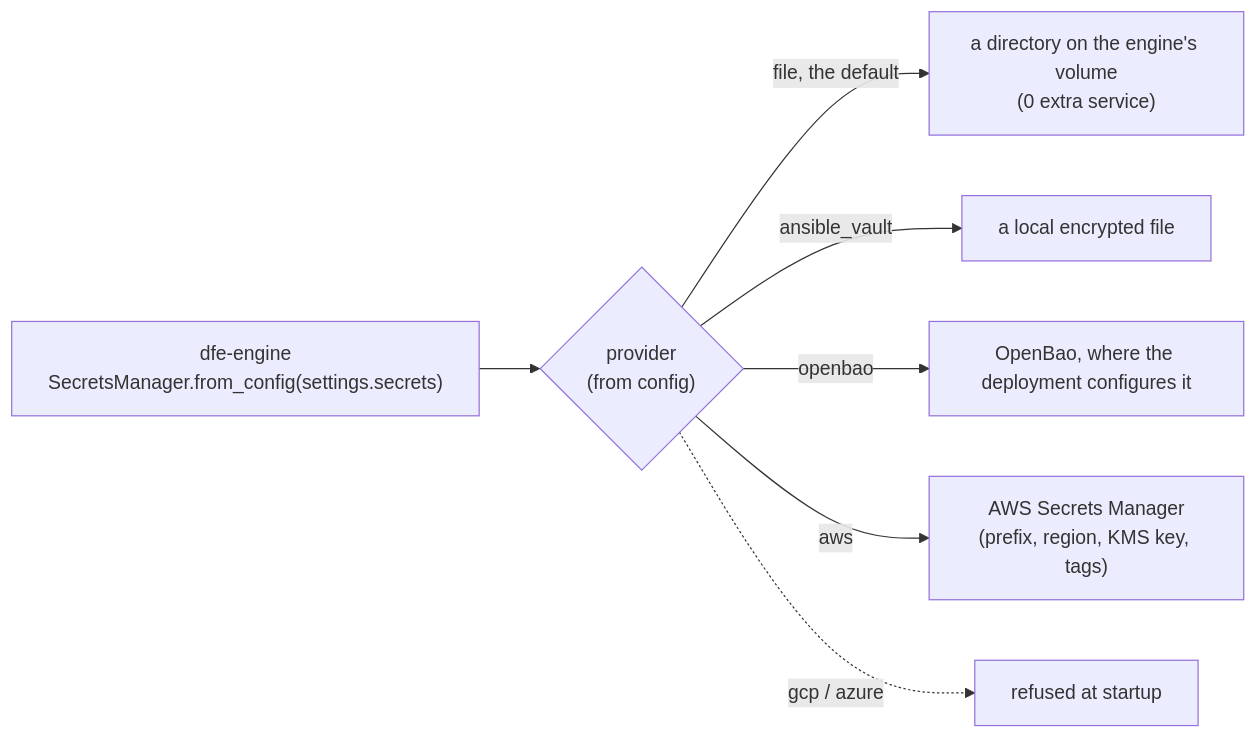
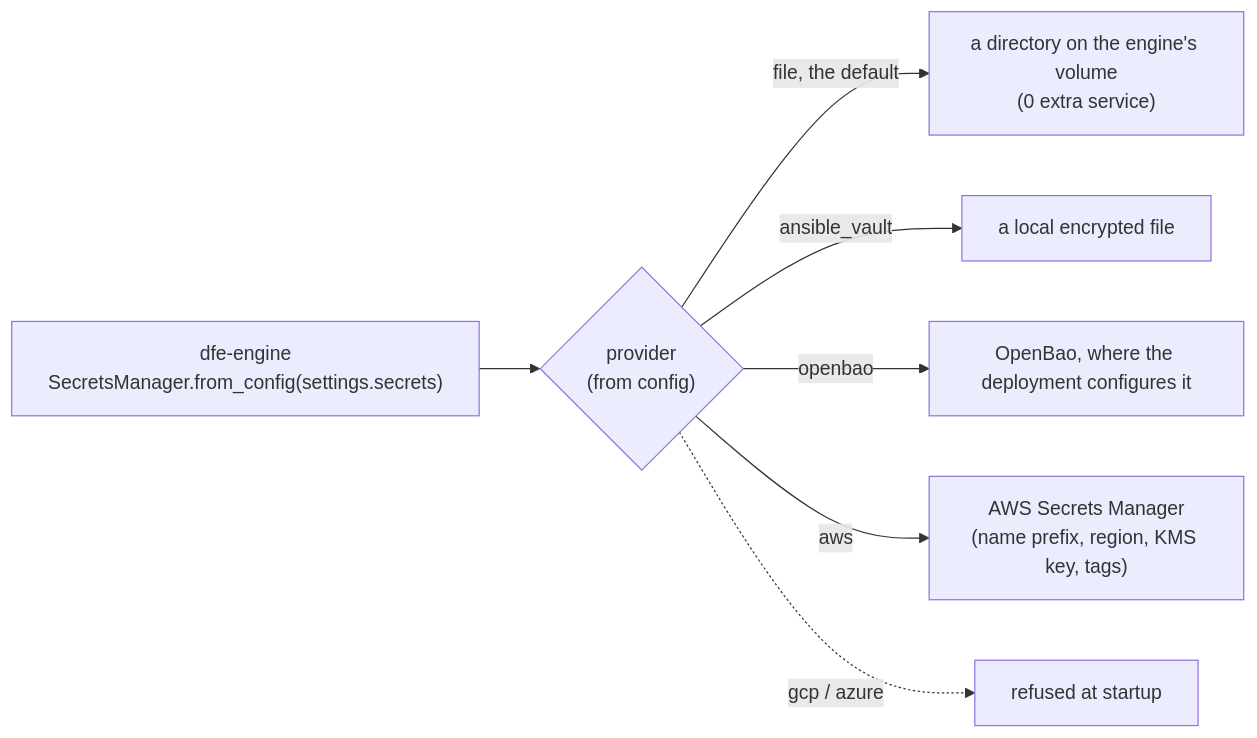
Before and after one commit to hyperi-io/dfe-engine: the third of 4 diagrams in docs/deployment/backing-services.md, drawn with Mermaid. The commit also changed other lines of this file and 17 other files, not shown here.

First line of the commit message:
fix(secrets): wait out AWS forced deletes

````diff
--- a/docs/deployment/backing-services.md
+++ b/docs/deployment/backing-services.md
@@ -115,9 +115,9 @@
 ```mermaid
 flowchart LR
     E["dfe-engine<br/>SecretsManager.from_config(settings.secrets)"] --> P{"provider<br/>(from config)"}
     P -->|file, the default| F["a directory on the engine's volume<br/>(0 extra service)"]
     P -->|ansible_vault| AV["a local encrypted file"]
     P -->|openbao| O["OpenBao, where the deployment configures it"]
-    P -->|aws| AWS["AWS Secrets Manager<br/>(prefix, region, KMS key, tags)"]
+    P -->|aws| AWS["AWS Secrets Manager<br/>(name prefix, region, KMS key, tags)"]
     P -.->|gcp / azure| NO["refused at startup"]
 ```
````
